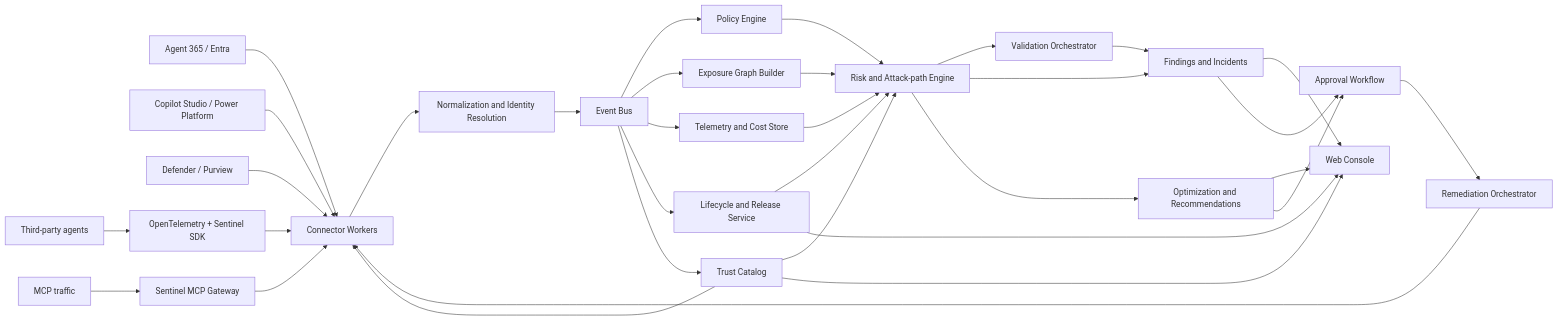
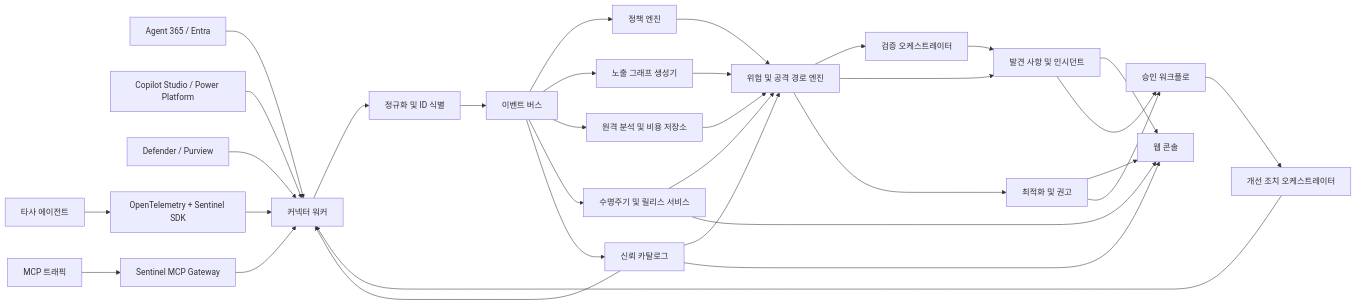
The diagram in agent-sentinel-product-spec.md (YOONPYOGitHub/agent-sentinel), drawn with Mermaid before and after one commit. The commit also changed other lines of this file and 5 other files, not shown here.

Commit message:
docs: finish preserved Korean architecture translations

````diff
--- a/agent-sentinel-product-spec.md
+++ b/agent-sentinel-product-spec.md
@@ -476,38 +543,38 @@
 ```mermaid
 flowchart LR
-    A[Agent 365 / Entra] --> I[Connector Workers]
+    A[Agent 365 / Entra] --> I["커넥터 워커"]
     B[Copilot Studio / Power Platform] --> I
     C[Microsoft Foundry / Azure Monitor] --> I
     D[Defender / Purview] --> I
-    E[Third-party agents] --> O[OpenTelemetry + Sentinel SDK]
-    F[MCP traffic] --> G[Sentinel MCP Gateway]
+    E["타사 에이전트"] --> O[OpenTelemetry + Sentinel SDK]
+    F["MCP 트래픽"] --> G[Sentinel MCP Gateway]
     O --> I
     G --> I
 
-    I --> N[Normalization and Identity Resolution]
-    N --> Q[Event Bus]
-    Q --> P[Policy Engine]
-    Q --> X[Exposure Graph Builder]
-    Q --> T[Telemetry and Cost Store]
-    Q --> L[Lifecycle and Release Service]
-    Q --> C[Trust Catalog]
+    I --> N["정규화 및 ID 식별"]
+    N --> Q["이벤트 버스"]
+    Q --> P["정책 엔진"]
+    Q --> X["노출 그래프 생성기"]
+    Q --> T["원격 분석 및 비용 저장소"]
+    Q --> L["수명주기 및 릴리스 서비스"]
+    Q --> C["신뢰 카탈로그"]
 
-    X --> R[Risk and Attack-path Engine]
+    X --> R["위험 및 공격 경로 엔진"]
     P --> R
     T --> R
     L --> R
     C --> R
-    R --> V[Validation Orchestrator]
-    R --> S[Findings and Incidents]
-    R --> OX[Optimization and Recommendations]
+    R --> V["검증 오케스트레이터"]
+    R --> S["발견 사항 및 인시던트"]
+    R --> OX["최적화 및 권고"]
     V --> S
 
-    S --> W[Web Console]
+    S --> W["웹 콘솔"]
     OX --> W
     L --> W
     C --> W
-    S --> H[Approval Workflow]
+    S --> H["승인 워크플로"]
     OX --> H
-    H --> M[Remediation Orchestrator]
+    H --> M["개선 조치 오케스트레이터"]
     M --> I
 ```
````
